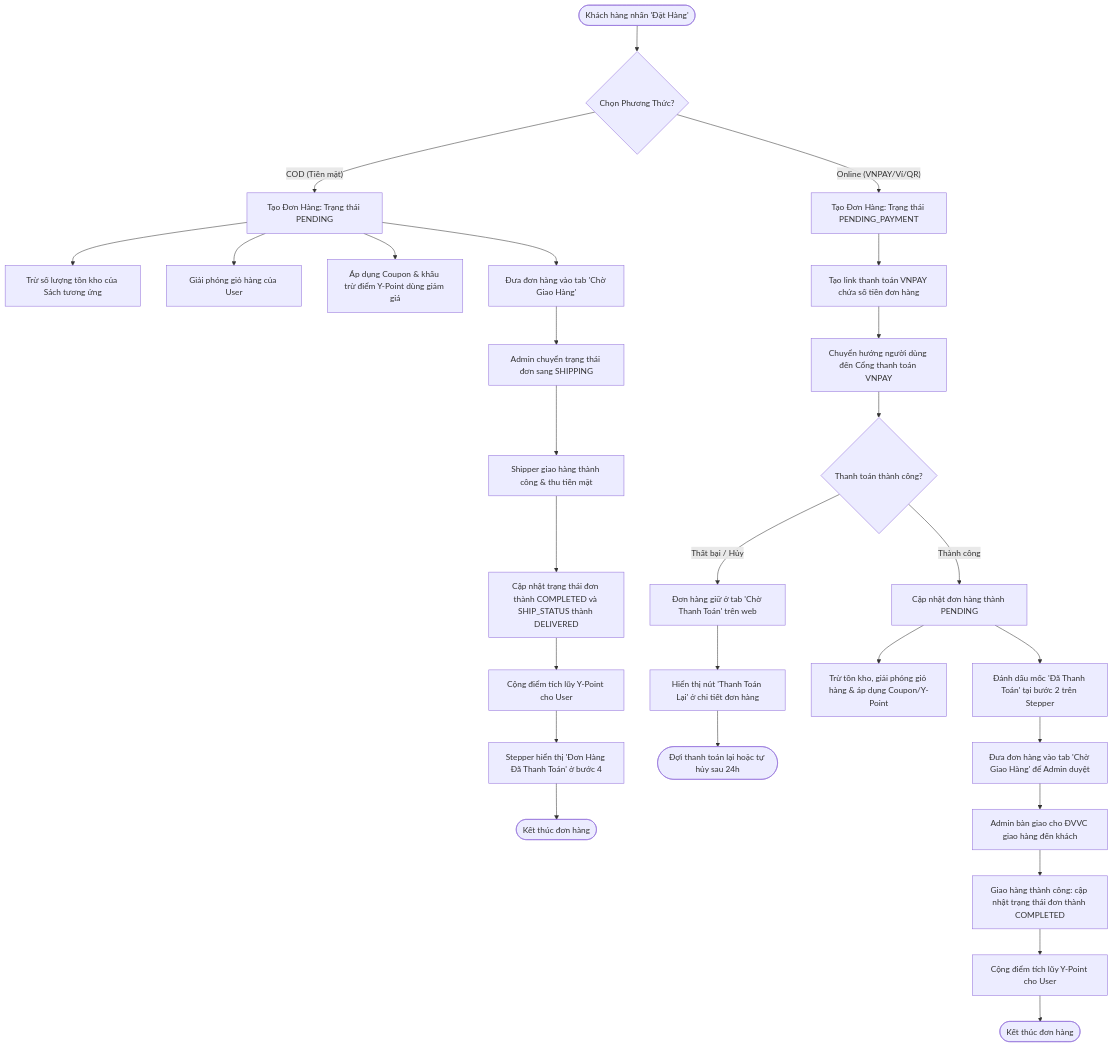
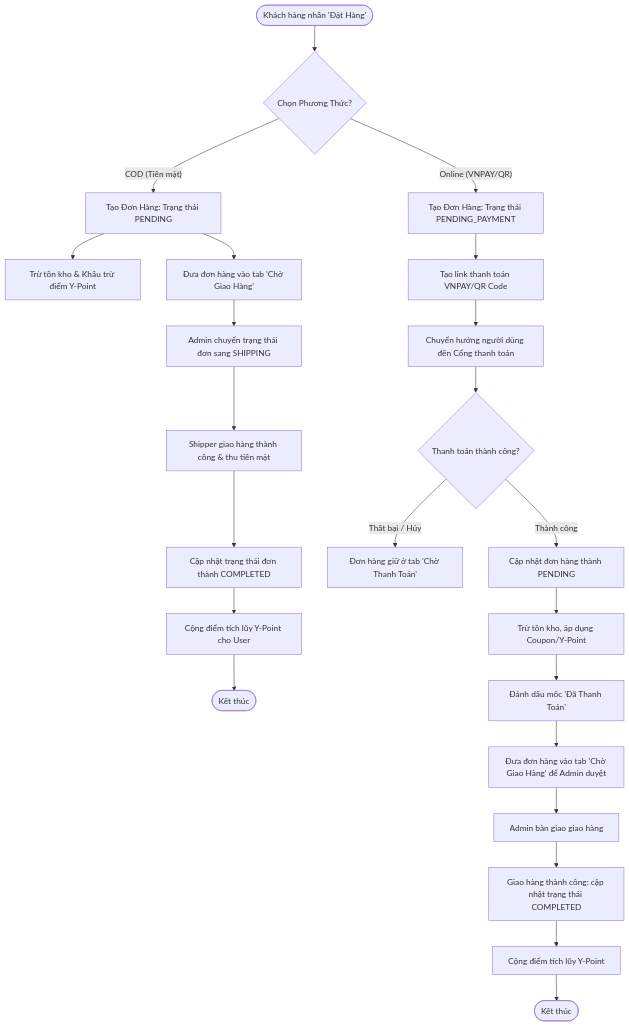
The second of 2 diagrams in README.md (BryannLee202/TestingProject), drawn with Mermaid before and after one commit. The commit also changed other lines of this file, not shown here.

````diff
--- a/README.md
+++ b/README.md
@@ -151,33 +120,29 @@
 ```mermaid
 flowchart TD
   A([Khách hàng nhấn 'Đặt Hàng']) --> B{Chọn Phương Thức?}
   
   %% Nhánh COD
   B -- COD (Tiền mặt) --> C1[Tạo Đơn Hàng: Trạng thái PENDING]
-  C1 --> D1[Trừ số lượng tồn kho của Sách tương ứng]
-  C1 --> E1[Giải phóng giỏ hàng của User]
-  C1 --> F1[Áp dụng Coupon & khấu trừ điểm Y-Point dùng giảm giá]
+  C1 --> D1[Trừ tồn kho & Khấu trừ điểm Y-Point]
   C1 --> G1[Đưa đơn hàng vào tab 'Chờ Giao Hàng']
   G1 --> H1[Admin chuyển trạng thái đơn sang SHIPPING]
   H1 --> I1[Shipper giao hàng thành công & thu tiền mặt]
-  I1 --> J1[Cập nhật trạng thái đơn thành COMPLETED và SHIP_STATUS thành DELIVERED]
-  J1 --> K1[Cộng điểm tích lũy Y-Point cho User]
-  K1 --> L1[Stepper hiển thị 'Đơn Hàng Đã Thanh Toán' ở bước 4] --> M1([Kết thúc đơn hàng])
+  I1 --> J1[Cập nhật trạng thái đơn thành COMPLETED]
+  J1 --> K1[Cộng điểm tích lũy Y-Point cho User] --> M1([Kết thúc])
 
   %% Nhánh Online
-  B -- Online (VNPAY/Ví/QR) --> C2[Tạo Đơn Hàng: Trạng thái PENDING_PAYMENT]
-  C2 --> D2[Tạo link thanh toán VNPAY chứa số tiền đơn hàng]
-  D2 --> E2[Chuyển hướng người dùng đến Cổng thanh toán VNPAY]
+  B -- Online (VNPAY/QR) --> C2[Tạo Đơn Hàng: Trạng thái PENDING_PAYMENT]
+  C2 --> D2[Tạo link thanh toán VNPAY/QR Code]
+  D2 --> E2[Chuyển hướng người dùng đến Cổng thanh toán]
   E2 --> F2{Thanh toán thành công?}
   
-  F2 -- Thất bại / Hủy --> G2[Đơn hàng giữ ở tab 'Chờ Thanh Toán' trên web]
-  G2 --> H2[Hiển thị nút 'Thanh Toán Lại' ở chi tiết đơn hàng] --> I2([Đợi thanh toán lại hoặc tự hủy sau 24h])
+  F2 -- Thất bại / Hủy --> G2[Đơn hàng giữ ở tab 'Chờ Thanh Toán']
   
   F2 -- Thành công --> G3[Cập nhật đơn hàng thành PENDING]
-  G3 --> H3[Trừ tồn kho, giải phóng giỏ hàng & áp dụng Coupon/Y-Point]
-  G3 --> I3[Đánh dấu mốc 'Đã Thanh Toán' tại bước 2 trên Stepper]
+  G3 --> H3[Trừ tồn kho, áp dụng Coupon/Y-Point]
+  H3 --> I3[Đánh dấu mốc 'Đã Thanh Toán']
   I3 --> J3[Đưa đơn hàng vào tab 'Chờ Giao Hàng' để Admin duyệt]
-  J3 --> K3[Admin bàn giao cho ĐVVC giao hàng đến khách]
-  K3 --> L3[Giao hàng thành công: cập nhật trạng thái đơn thành COMPLETED]
-  L3 --> M3[Cộng điểm tích lũy Y-Point cho User] --> N3([Kết thúc đơn hàng])
+  J3 --> K3[Admin bàn giao giao hàng]
+  K3 --> L3[Giao hàng thành công: cập nhật trạng thái COMPLETED]
+  L3 --> M3[Cộng điểm tích lũy Y-Point] --> N3([Kết thúc])
 ```
````
